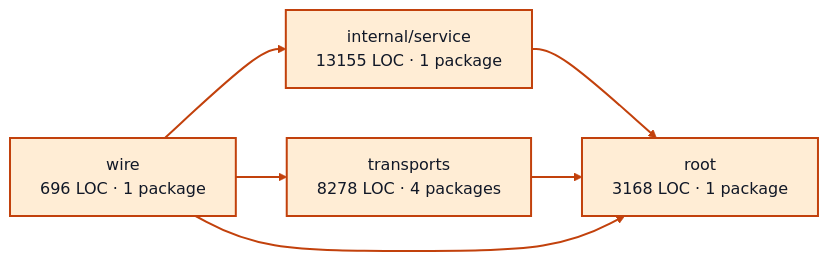
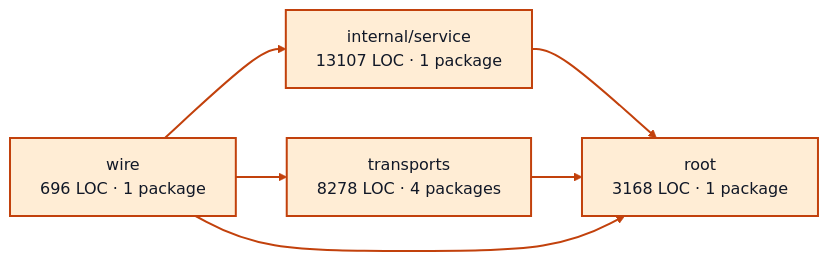
Before and after one commit to portpowered/you-agent-factory: the diagram in docs/architecture/visualizations/services/worker_sessions.md, drawn with Mermaid. The commit also changed other lines of this file and 20 other files, not shown here.

Commit message:
docs: refresh backend architecture visualizations

````diff
--- a/docs/architecture/visualizations/services/worker_sessions.md
+++ b/docs/architecture/visualizations/services/worker_sessions.md
@@ -11,17 +11,17 @@
 ```mermaid
 flowchart LR
-  p0["internal/service<br/>13155 LOC · 1 package"]
+  p0["internal/service<br/>13107 LOC · 1 package"]
   p1["root<br/>3168 LOC · 1 package"]
   p2["transports<br/>8278 LOC · 4 packages"]
   p3["wire<br/>696 LOC · 1 package"]
   p0 --> p1
   p2 --> p1
   p3 --> p0
   p3 --> p1
   p3 --> p2
   style p0 fill:#ffedd5,stroke:#c2410c,stroke-width:2px,color:#111827
   style p1 fill:#ffedd5,stroke:#c2410c,stroke-width:2px,color:#111827
   style p2 fill:#ffedd5,stroke:#c2410c,stroke-width:2px,color:#111827
   style p3 fill:#ffedd5,stroke:#c2410c,stroke-width:2px,color:#111827
   linkStyle default stroke:#c2410c,stroke-width:2px
 ```
````
